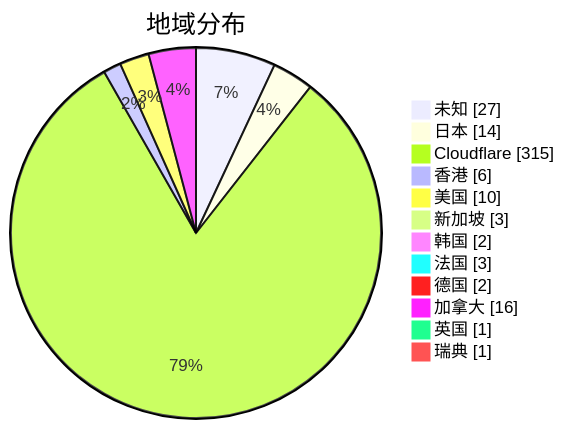
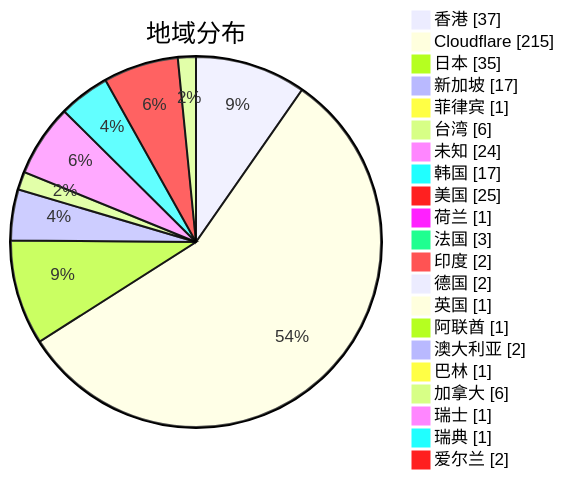
One commit to qjlxg/airport changed the second of 3 diagrams in subs/statistics/tested_within.md. Above: the diagram before and after it, drawn with Mermaid. The commit also changed other lines of this file and 2 other files, not shown here.

Commit message:
Tested by metaST

````diff
--- a/subs/statistics/tested_within.md
+++ b/subs/statistics/tested_within.md
@@ -14,16 +13,25 @@
 ```mermaid
 pie showData
 title 地域分布
-"未知" : 27
-"日本" : 14
-"Cloudflare" : 315
-"香港" : 6
-"美国" : 10
-"新加坡" : 3
-"韩国" : 2
+"香港" : 37
+"Cloudflare" : 215
+"日本" : 35
+"新加坡" : 17
+"菲律宾" : 1
+"台湾" : 6
+"未知" : 24
+"韩国" : 17
+"美国" : 25
+"荷兰" : 1
 "法国" : 3
+"印度" : 2
 "德国" : 2
-"加拿大" : 16
 "英国" : 1
+"阿联酋" : 1
+"澳大利亚" : 2
+"巴林" : 1
+"加拿大" : 6
+"瑞士" : 1
 "瑞典" : 1
+"爱尔兰" : 2
 ```
````
